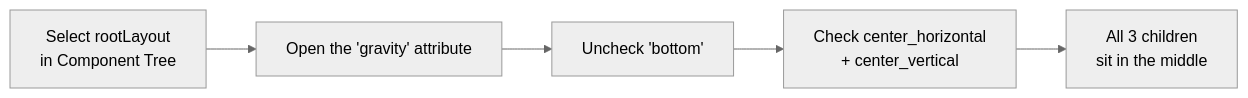
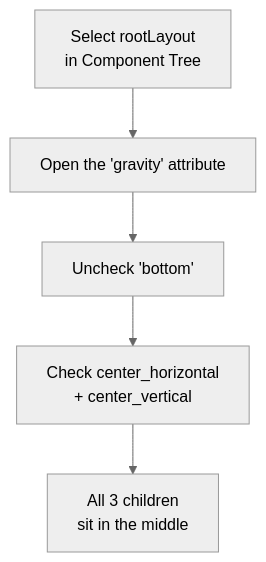
The second of 2 diagrams in README.md (jguida941/android_studio_intro), drawn with Mermaid (neutral theme) before and after one commit.

Commit message:
Make centering flowchart vertical (TD)

````diff
--- a/README.md
+++ b/README.md
@@ -44,7 +44,7 @@
 ```mermaid
-flowchart LR
+flowchart TD
     S["Select rootLayout<br/>in Component Tree"] --> G["Open the 'gravity' attribute"]
     G --> U["Uncheck 'bottom'"]
     U --> C["Check center_horizontal<br/>+ center_vertical"]
     C --> R["All 3 children<br/>sit in the middle"]
 ```
````
